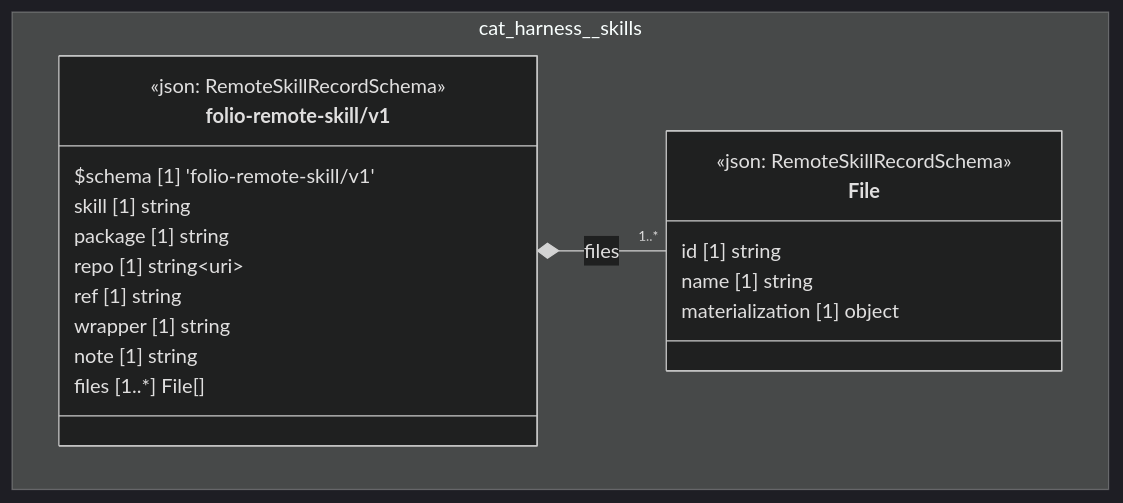
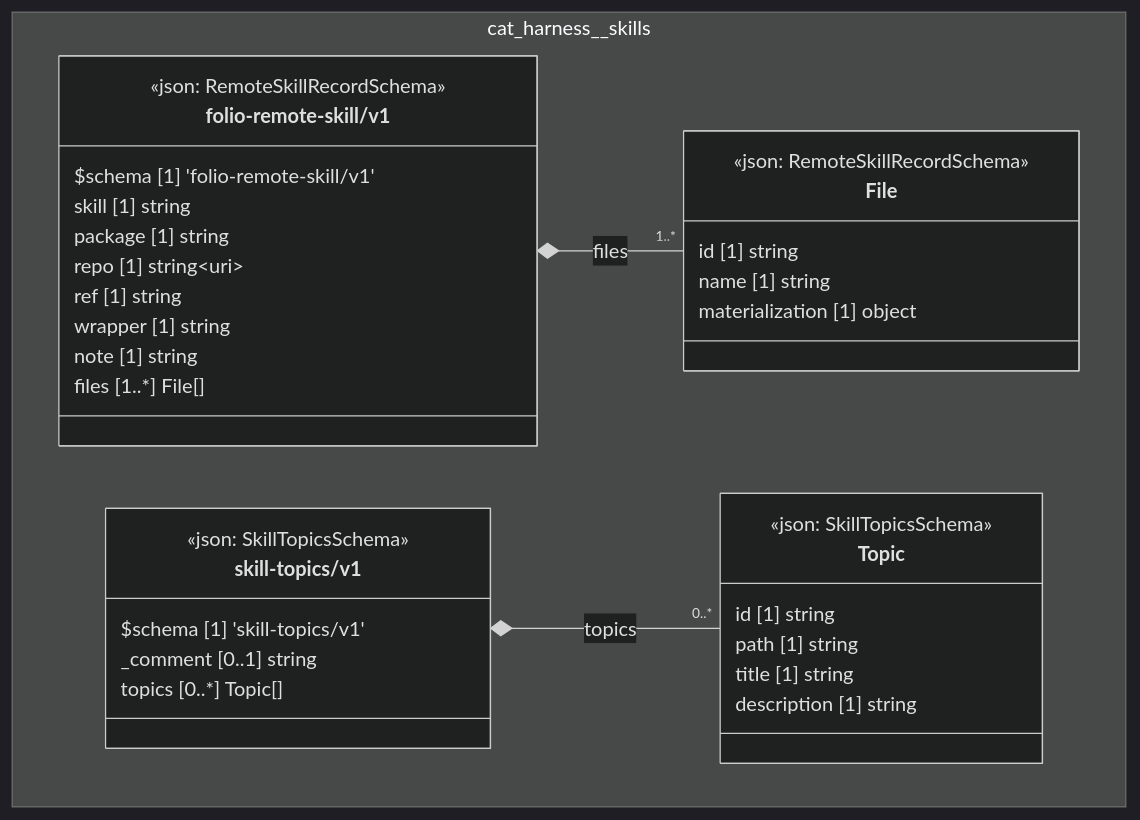
Before and after one commit to litlfred/folio-assistant: the diagram in cat-harness/uml/overview/cat-harness/skills.mmd, drawn with Mermaid (dark theme). The commit also changed 69 other files, not shown here.

First line of the commit message:
Register skills.json as the skill-topics/v1 family (fixes check:kind-validators)

```diff
--- a/cat-harness/uml/overview/cat-harness/skills.mmd
+++ b/cat-harness/uml/overview/cat-harness/skills.mmd
@@ -1,24 +1,40 @@
 classDiagram
   direction TB
   namespace cat_harness__skills {
     class cat_harness_skills_folio_remote_skill_v1_File["File"] {
       <<json: RemoteSkillRecordSchema>>
       id [1] string
       name [1] string
       materialization [1] object
     }
     class cat_harness_skills_folio_remote_skill_v1_folio_remote_skill_v1["folio-remote-skill/v1"] {
       <<json: RemoteSkillRecordSchema>>
       $schema [1] 'folio-remote-skill/v1'
       skill [1] string
       package [1] string
       repo [1] string~uri~
       ref [1] string
       wrapper [1] string
       note [1] string
       files [1..*] File[]
     }
+    class cat_harness_skills_skill_topics_v1_Topic["Topic"] {
+      <<json: SkillTopicsSchema>>
+      id [1] string
+      path [1] string
+      title [1] string
+      description [1] string
+    }
+    class cat_harness_skills_skill_topics_v1_skill_topics_v1["skill-topics/v1"] {
+      <<json: SkillTopicsSchema>>
+      $schema [1] 'skill-topics/v1'
+      _comment [0..1] string
+      topics [0..*] Topic[]
+    }
   }
   cat_harness_skills_folio_remote_skill_v1_folio_remote_skill_v1 *-- "1..*" cat_harness_skills_folio_remote_skill_v1_File : files
+  cat_harness_skills_skill_topics_v1_skill_topics_v1 *-- "0..*" cat_harness_skills_skill_topics_v1_Topic : topics
   cssClass "cat_harness_skills_folio_remote_skill_v1_File" fa_uml_kind_skills
   cssClass "cat_harness_skills_folio_remote_skill_v1_folio_remote_skill_v1" fa_uml_kind_skills
+  cssClass "cat_harness_skills_skill_topics_v1_Topic" fa_uml_kind_skills
+  cssClass "cat_harness_skills_skill_topics_v1_skill_topics_v1" fa_uml_kind_skills
```
